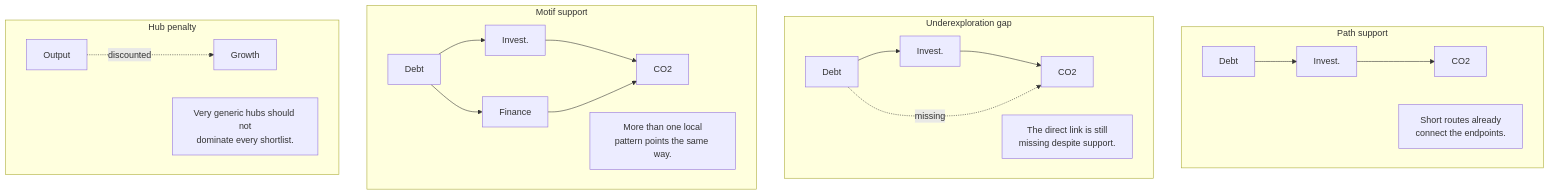
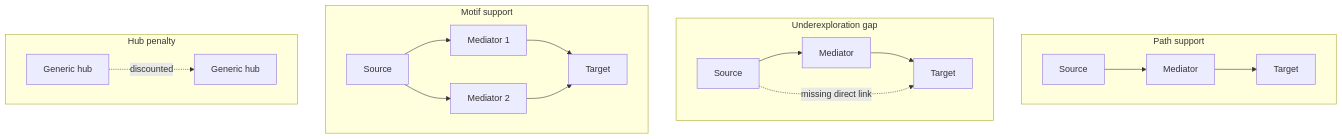
Before and after one commit to prashgarg/frontiergraph: the third of 3 diagrams in site/src/generated/paper/research_allocation_paper_full.md, drawn with Mermaid. The commit also changed other lines of this file and 116 other files, not shown here.

````diff
--- a/site/src/generated/paper/research_allocation_paper_full.md
+++ b/site/src/generated/paper/research_allocation_paper_full.md
@@ -145,25 +164,21 @@
 ```mermaid
 flowchart TB
     subgraph A["Path support"]
-        A1["Debt"] --> A2["Invest."]
-        A2 --> A3["CO2"]
-        AT["Short routes already<br/>connect the endpoints."]
+        A1["Source"] --> A2["Mediator"]
+        A2 --> A3["Target"]
     end
     subgraph B["Underexploration gap"]
-        B1["Debt"] --> B2["Invest."]
-        B2 --> B3["CO2"]
-        B1 -. missing .-> B3
-        BT["The direct link is still<br/>missing despite support."]
+        B1["Source"] --> B2["Mediator"]
+        B2 --> B3["Target"]
+        B1 -. missing direct link .-> B3
     end
     subgraph C["Motif support"]
-        C1["Debt"] --> C2["Invest."]
-        C2 --> C4["CO2"]
-        C1 --> C3["Finance"]
+        C1["Source"] --> C2["Mediator 1"]
+        C2 --> C4["Target"]
+        C1 --> C3["Mediator 2"]
         C3 --> C4
-        CT["More than one local<br/>pattern points the same way."]
     end
     subgraph D["Hub penalty"]
-        D1["Output"] -. discounted .-> D2["Growth"]
-        DT["Very generic hubs should not<br/>dominate every shortlist."]
+        D1["Generic hub"] -. discounted .-> D2["Generic hub"]
     end
 ```
````
